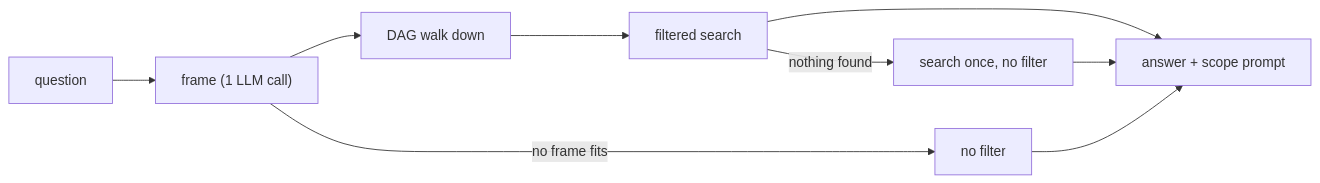
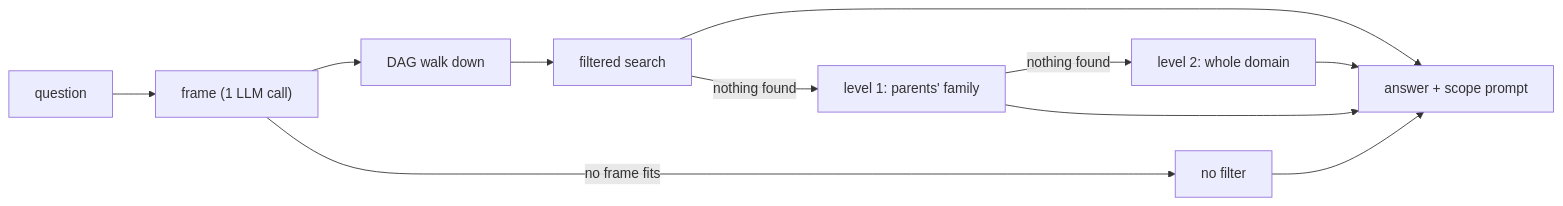
The diagram in docs/localization/VIVA.md (SV1997/Multi-agent-project), drawn with Mermaid before and after one commit. The commit also changed other lines of this file and 10 other files, not shown here.

````diff
--- a/docs/localization/VIVA.md
+++ b/docs/localization/VIVA.md
@@ -25,6 +27,7 @@
 ```mermaid
 flowchart LR
     Q[question] --> F["frame (1 LLM call)"] --> D["DAG walk down"] --> S[filtered search] --> A[answer + scope prompt]
     F -- no frame fits --> N[no filter] --> A
-    S -- nothing found --> U[search once, no filter] --> A
+    S -- nothing found --> W1["level 1: parents' family"] -- nothing found --> W2["level 2: whole domain"] --> A
+    W1 --> A
 ```
````
